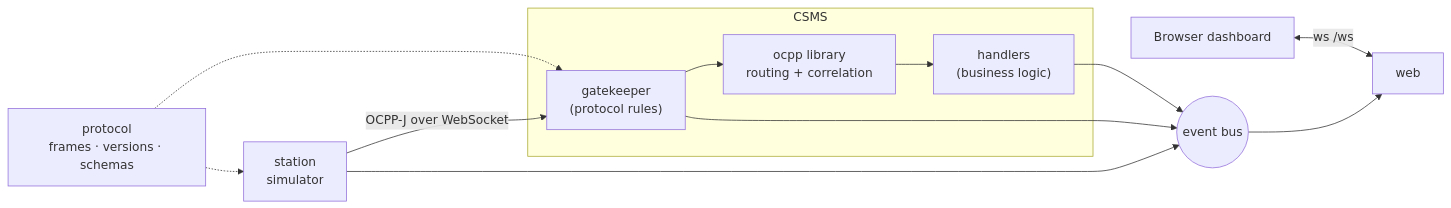
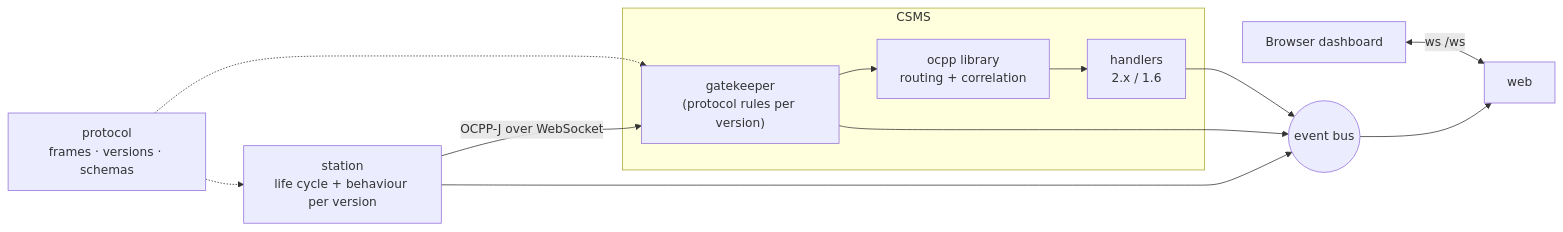
One commit to YAxelY/ocpp-playground changed the diagram in README.md. Above: the diagram before and after it, drawn with Mermaid. The commit also changed other lines of this file and 37 other files, not shown here.

First line of the commit message:
Add OCPP 1.6, picture-based dashboard and 3-version schema comparison

````diff
--- a/README.md
+++ b/README.md
@@ -51,10 +59,10 @@
 ```mermaid
 flowchart LR
     UI["Browser dashboard"] <-->|ws /ws| WEB["web"]
-    ST["station<br/>simulator"] -->|"OCPP-J over WebSocket"| GK
+    ST["station<br/>life cycle + behaviour per version"] -->|"OCPP-J over WebSocket"| GK
     subgraph CSMS
-        GK["gatekeeper<br/>(protocol rules)"] --> LIB["ocpp library<br/>routing + correlation"] --> H["handlers<br/>(business logic)"]
+        GK["gatekeeper<br/>(protocol rules per version)"] --> LIB["ocpp library<br/>routing + correlation"] --> H["handlers<br/>2.x / 1.6"]
     end
     GK & ST & H --> BUS(("event bus")) --> WEB
     P["protocol<br/>frames · versions · schemas"] -.-> GK & ST
 ```
````
